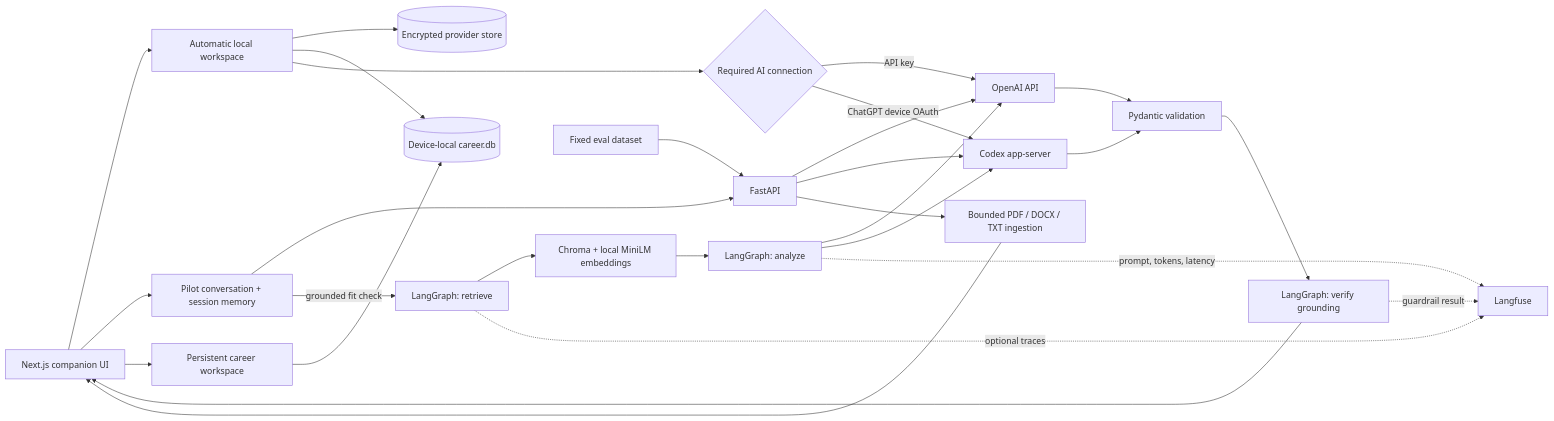
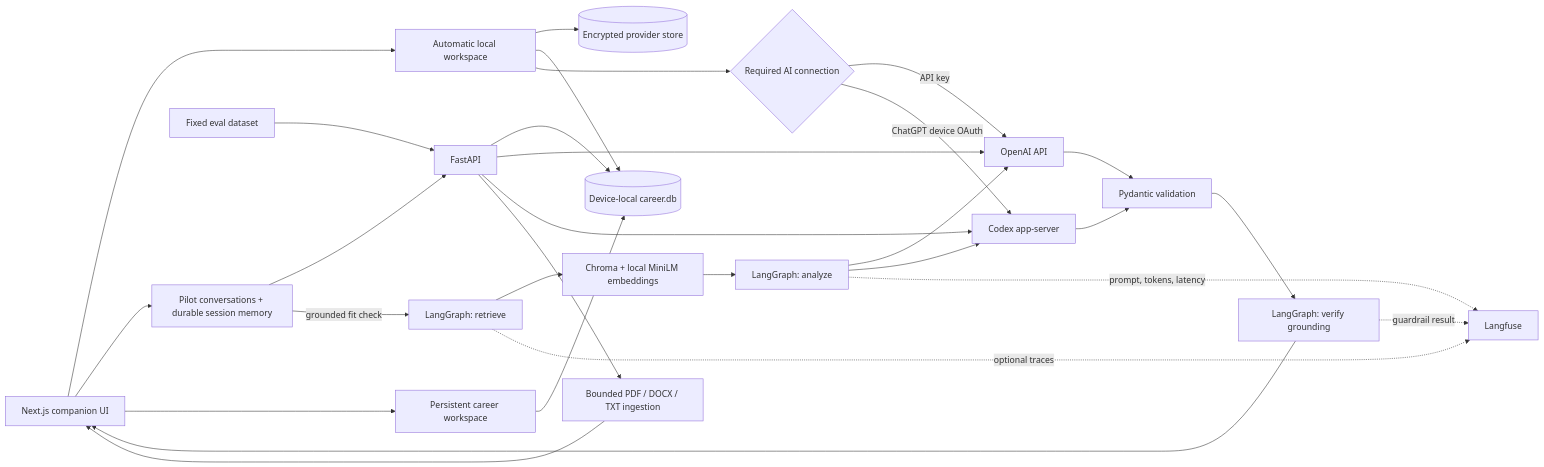
The diagram in README.md (lololo-xiao/career-pilot), drawn with Mermaid before and after one commit. The commit also changed other lines of this file and 17 other files, not shown here.

````diff
--- a/README.md
+++ b/README.md
@@ -63,30 +67,31 @@
 ```mermaid
 flowchart LR
     UI[Next.js companion UI] --> LOCAL[Automatic local workspace]
     LOCAL --> DB[(Encrypted provider store)]
     LOCAL --> ODB[(Device-local career.db)]
     LOCAL --> SETTINGS{Required AI connection}
     SETTINGS -->|API key| OA[OpenAI API]
     SETTINGS -->|ChatGPT device OAuth| CX[Codex app-server]
-    UI --> CHAT["Pilot conversation + session memory"]
+    UI --> CHAT["Pilot conversations + durable session memory"]
     UI --> WORK["Persistent career workspace"]
     WORK --> ODB
     CHAT --> API[FastAPI]
+    API --> ODB
     API --> OA
     API --> CX
     API --> IN["Bounded PDF / DOCX / TXT ingestion"]
     IN --> UI
     CHAT -->|grounded fit check| R["LangGraph: retrieve"]
     R --> CH["Chroma + local MiniLM embeddings"]
     CH --> A["LangGraph: analyze"]
     A --> OA
     A --> CX
     OA --> PY[Pydantic validation]
     CX --> PY
     PY --> V["LangGraph: verify grounding"]
     V --> UI
     R -. optional traces .-> LF[Langfuse]
     A -. prompt, tokens, latency .-> LF
     V -. guardrail result .-> LF
     EV[Fixed eval dataset] --> API
 ```
````
